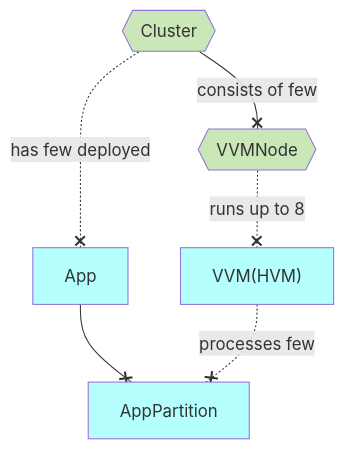
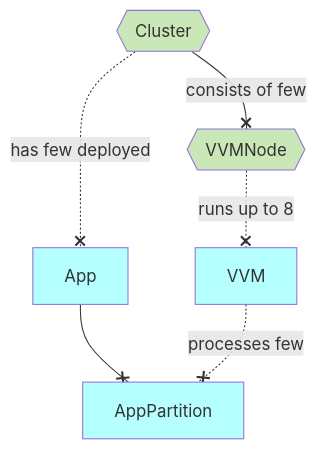
One commit to voedger/voedger changed the third of 3 diagrams in design/0-inv/20230304-about-EE-design/README.md. Above: the diagram before and after it, drawn with Mermaid. The commit also changed other lines of this file and 11 other files, not shown here.

````diff
--- a/design/0-inv/20230304-about-EE-design/README.md
+++ b/design/0-inv/20230304-about-EE-design/README.md
@@ -117,32 +117,32 @@
 ```mermaid
 flowchart TD
 
     %% Entities ====================
 
     Cluster{{Cluster}}:::H
 
     VVMNode{{VVMNode}}:::H
 
     App[App]:::S
     AppPartition[AppPartition]:::S
-    VVM["VVM(HVM)"]:::S
+    VVM["VVM"]:::S
 
     %% Relations ====================
 
     Cluster --x |consists of few| VVMNode
     Cluster -.-x |has few deployed| App
 
     VVMNode -.-x|runs up to 8| VVM
 
     App --x AppPartition
-    
+
     VVM -.-x |processes few| AppPartition
 
 
 
 
     classDef B fill:#FFFFB5
     classDef S fill:#B5FFFF
     classDef H fill:#C9E7B7
     classDef G fill:#FFFFFF,stroke:#000000, stroke-width:1px, stroke-dasharray: 5 5
 ```
````
